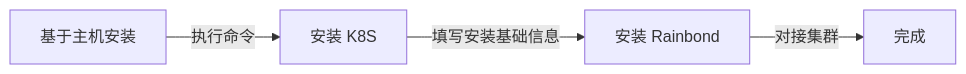
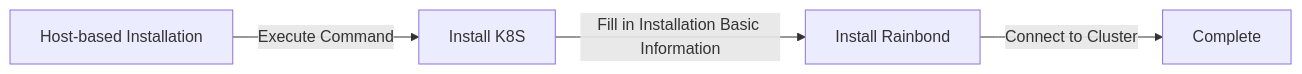
The second of 2 diagrams in docs/troubleshooting/install.md (goodrain/rainbond-docs), drawn with Mermaid before and after one commit. The commit also changed other lines of this file and 855 other files, not shown here.

````diff
--- a/docs/troubleshooting/install.md
+++ b/docs/troubleshooting/install.md
@@ -95,6 +94,6 @@
 ```mermaid
 flowchart LR
-    A[基于主机安装] -->|执行命令| B[安装 K8S]
-    B --> |填写安装基础信息| C[安装 Rainbond]
-    C --> |对接集群| D[完成]
+    A[Host-based Installation] -->|Execute Command| B[Install K8S]
+    B --> |Fill in Installation Basic Information| C[Install Rainbond]
+    C --> |Connect to Cluster| D[Complete]
 ```
````
